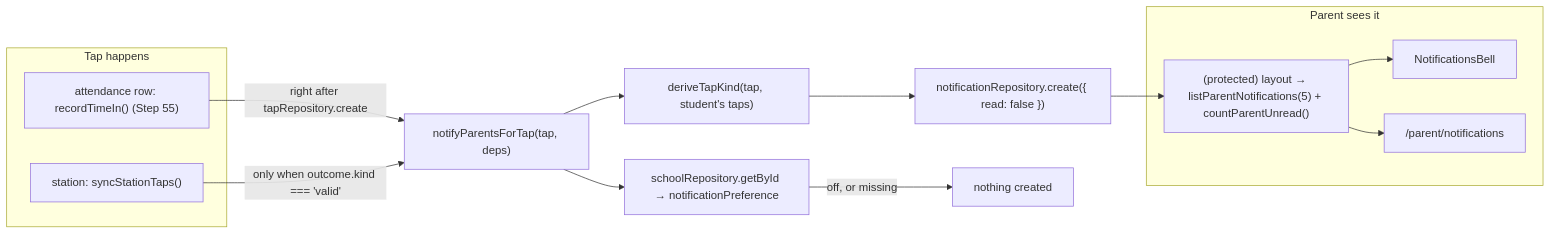
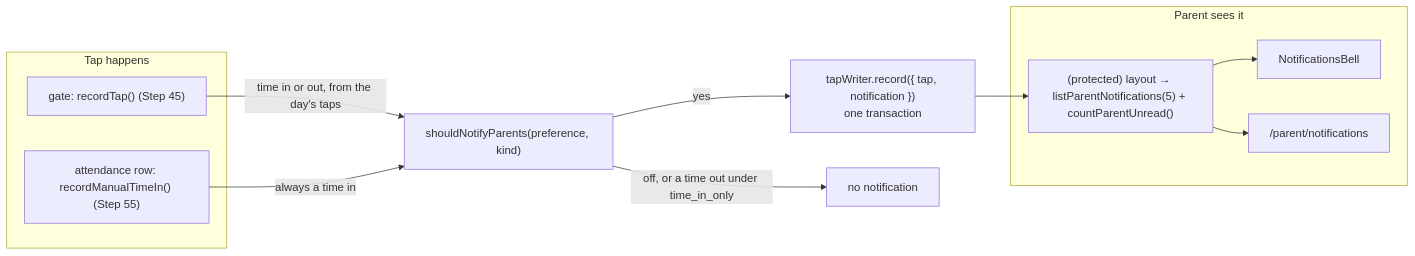
One commit to psmacabulos/talaan changed the diagram in docs/NOTIFICATIONS.md. Above: the diagram before and after it, drawn with Mermaid. The commit also changed other lines of this file and 56 other files, not shown here.

Commit message:
feat(security): remove the tap station and limit child linking

````diff
--- a/docs/NOTIFICATIONS.md
+++ b/docs/NOTIFICATIONS.md
@@ -37,26 +37,22 @@
 ```mermaid
 flowchart LR
     subgraph "Tap happens"
-      Sim["attendance row: recordTimeIn() (Step 55)"]
-      Station["station: syncStationTaps()"]
+      Gate["gate: recordTap() (Step 45)"]
+      Manual["attendance row: recordManualTimeIn() (Step 55)"]
     end
-    Fan["notifyParentsForTap(tap, deps)"]
-    School["schoolRepository.getById → notificationPreference"]
-    Kind["deriveTapKind(tap, student's taps)"]
-    Create["notificationRepository.create({ read: false })"]
+    Should["shouldNotifyParents(preference, kind)"]
+    Writer["tapWriter.record({ tap, notification })<br/>one transaction"]
     subgraph "Parent sees it"
       Layout["(protected) layout → listParentNotifications(5) + countParentUnread()"]
       Bell["NotificationsBell"]
       Page["/parent/notifications"]
     end
 
-    Sim -->|"right after tapRepository.create"| Fan
-    Station -->|"only when outcome.kind === 'valid'"| Fan
-    Fan --> School
-    School -->|off, or missing| Drop["nothing created"]
-    Fan --> Kind
-    Kind --> Create
-    Create --> Layout
+    Gate -->|"time in or out, from the day's taps"| Should
+    Manual -->|"always a time in"| Should
+    Should -->|"off, or a time out under time_in_only"| Drop["no notification"]
+    Should -->|yes| Writer
+    Writer --> Layout
     Layout --> Bell
     Layout --> Page
 ```
````
